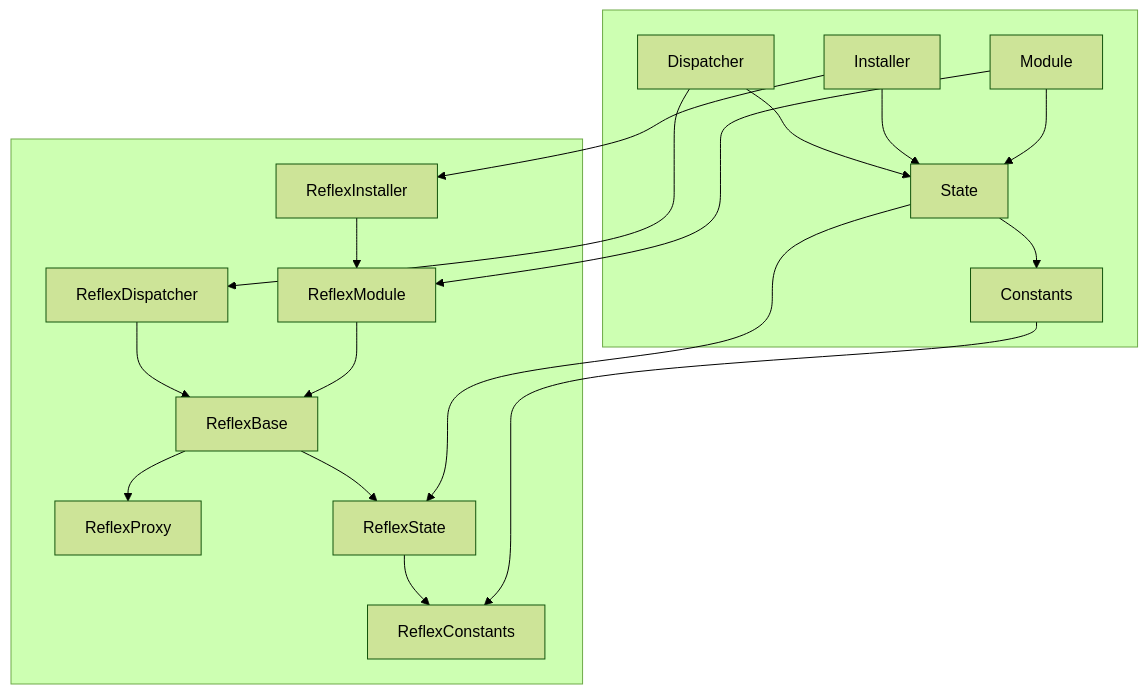
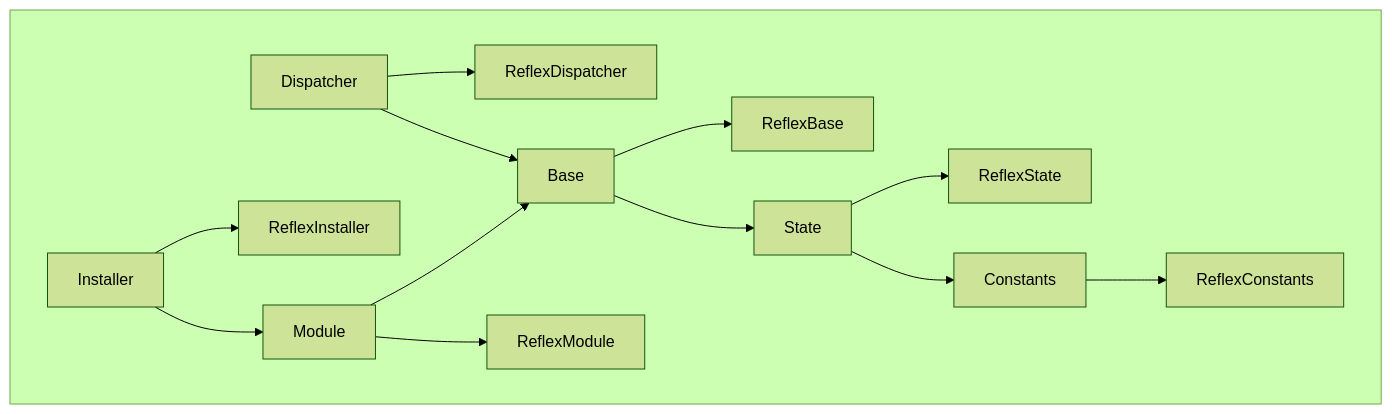
The fifth of 5 diagrams in docs/IMPLEMENTERS.md (chromaxyz/reflex), drawn with Mermaid (forest theme) before and after one commit. The commit also changed other lines of this file, not shown here.

Commit message:
update diagram

````diff
--- a/docs/IMPLEMENTERS.md
+++ b/docs/IMPLEMENTERS.md
@@ -232,23 +240,16 @@
 ```mermaid
 graph TD
     subgraph Application [ ]
-    Dispatcher --> State
-    Installer --> State
-    Module --> State
+    Dispatcher --> ReflexDispatcher
+    Dispatcher --> Base
+    Installer --> ReflexInstaller
+    Installer --> Module
+    Module --> ReflexModule
+    Module --> Base
+    Base --> ReflexBase
+    Base --> State
+    State --> ReflexState
     State --> Constants
-    end
-
-    subgraph Framework [ ]
-    Dispatcher --> ReflexDispatcher
-    Installer --> ReflexInstaller
-    Module --> ReflexModule
-    ReflexInstaller --> ReflexModule
-    ReflexDispatcher --> ReflexBase
-    ReflexModule --> ReflexBase
-    ReflexBase --> ReflexProxy
-    ReflexBase --> ReflexState
-    ReflexState --> ReflexConstants
-    State --> ReflexState
     Constants --> ReflexConstants
     end
 ```
````
